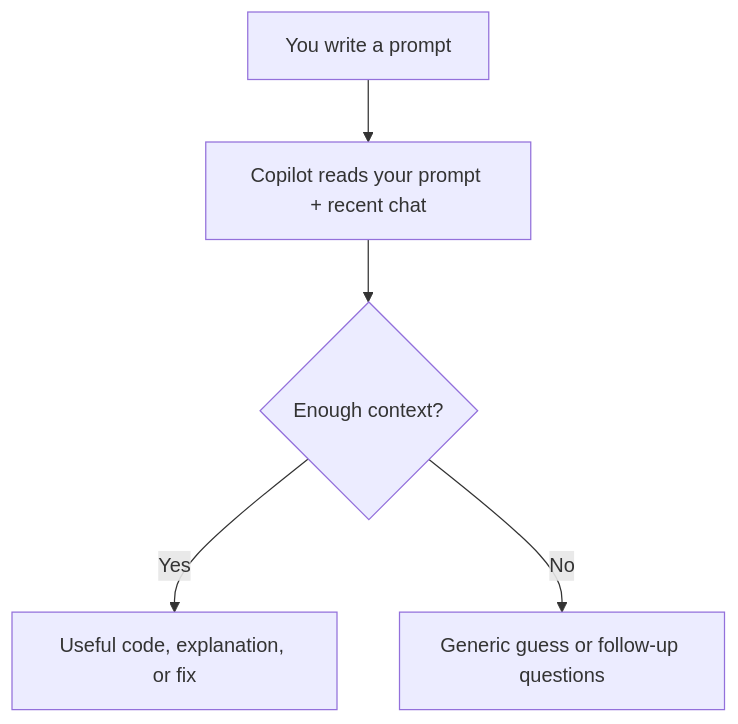
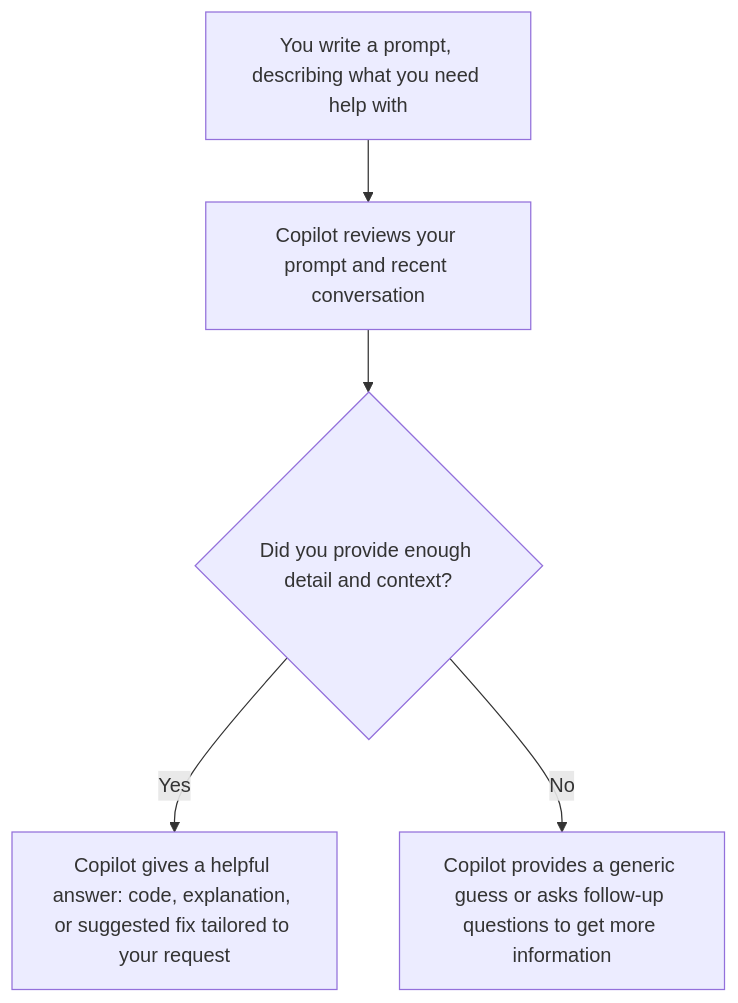
The second of 2 diagrams in content/workshops/01_concepts_and_context.md (ubc-library-rc/ai_for_coding), drawn with Mermaid before and after one commit. The commit also changed other lines of this file and 1 other file, not shown here.

````diff
--- a/content/workshops/01_concepts_and_context.md
+++ b/content/workshops/01_concepts_and_context.md
@@ -52,7 +53,7 @@
 ```mermaid
 flowchart TD
-    A[You write a prompt] --> B[Copilot reads your prompt + recent chat]
-    B --> C{Enough context?}
-    C -->|Yes| D[Useful code, explanation, or fix]
-    C -->|No| E[Generic guess or follow-up questions]
+    A[You write a prompt, describing what you need help with] --> B[Copilot reviews your prompt and recent conversation]
+    B --> C{Did you provide enough detail and context?}
+    C -- Yes --> D[Copilot gives a helpful answer: code, explanation, or suggested fix tailored to your request]
+    C -- No --> E[Copilot provides a generic guess or asks follow-up questions to get more information]
 ```
````
